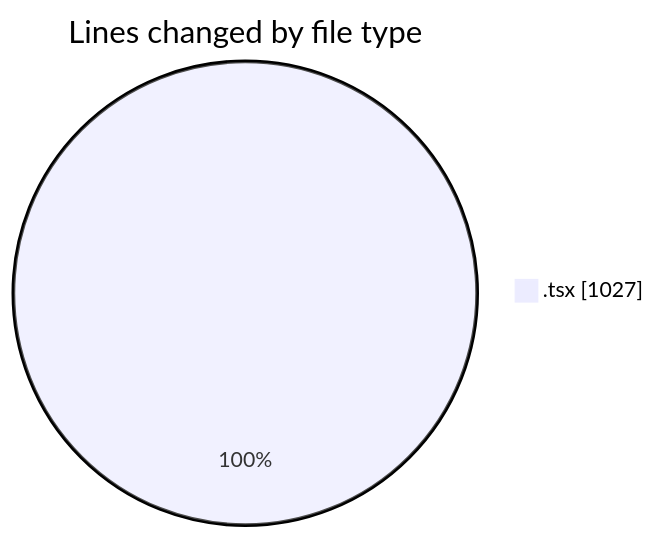
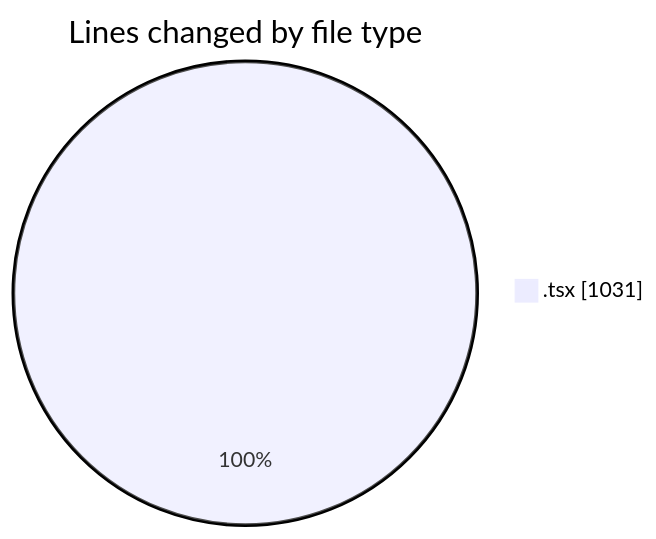
The first of 2 diagrams in 2026-05-19/nxtqube_webapp/README.md (nxtqubesakshisongat/code-tracking), drawn with Mermaid before and after one commit. The commit also changed other lines of this file and 1 other file, not shown here.

````diff
--- a/2026-05-19/nxtqube_webapp/README.md
+++ b/2026-05-19/nxtqube_webapp/README.md
@@ -24,5 +24,5 @@
 ```mermaid
 pie showData
 title Lines changed by file type
-".tsx" : 1027
+".tsx" : 1031
 ```
````
